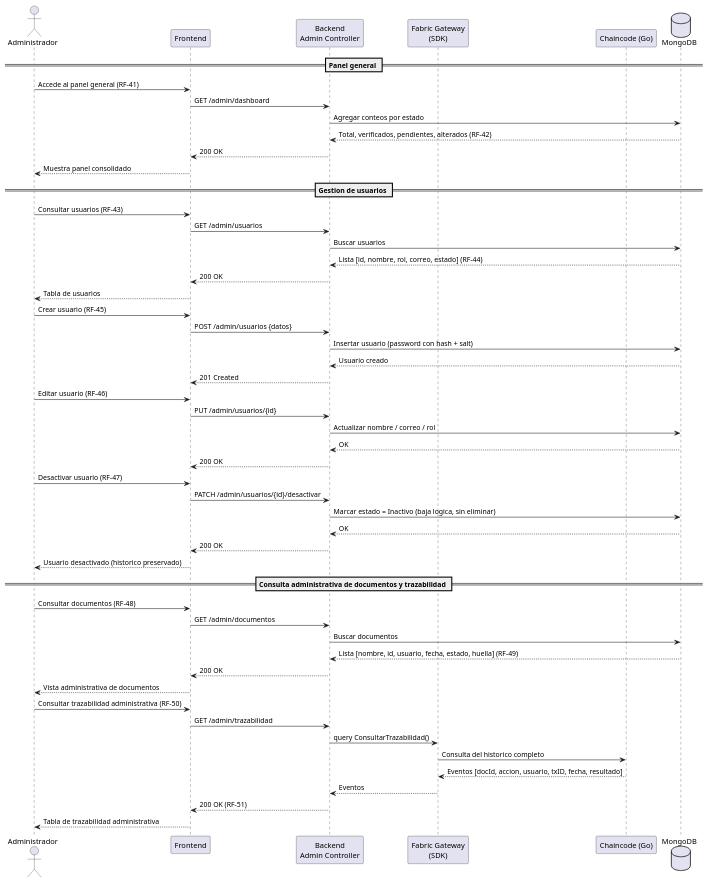
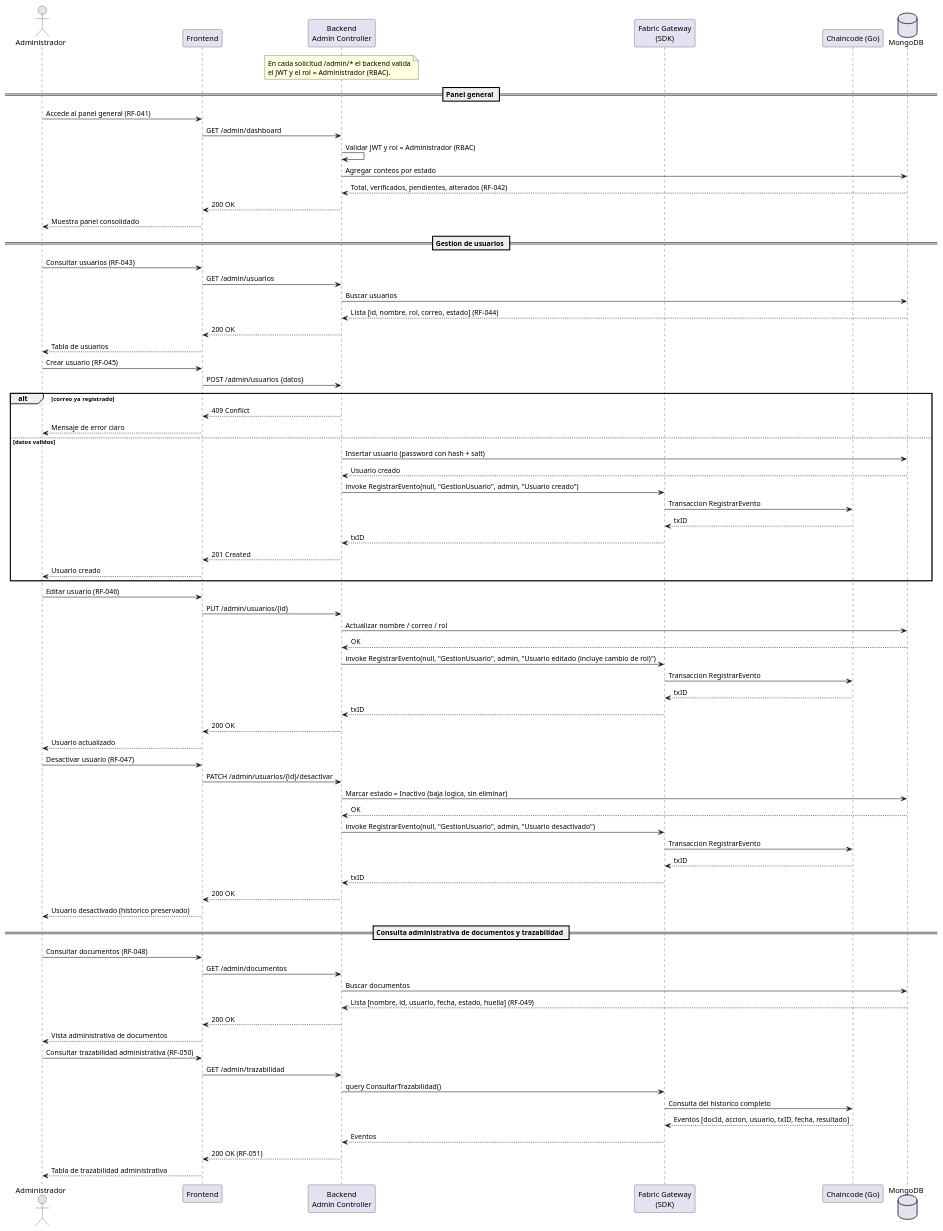
Before and after one commit to swummen/Blockchain_Contratos: the diagram in docs/uml/07-secuencia-rol-administrador.puml, drawn with PlantUML.

Commit message:
Update RF numbers in admin sequence diagram

```diff
--- a/docs/uml/07-secuencia-rol-administrador.puml
+++ b/docs/uml/07-secuencia-rol-administrador.puml
@@ -1,60 +1,85 @@
 @startuml 07-secuencia-rol-administrador
 actor Administrador
 participant "Frontend" as FE
 participant "Backend\nAdmin Controller" as BE
 participant "Fabric Gateway\n(SDK)" as SDK
 participant "Chaincode (Go)" as CC
 database "MongoDB" as DB
 
+note over BE
+  En cada solicitud /admin/* el backend valida
+  el JWT y el rol = Administrador (RBAC).
+end note
+
 == Panel general ==
-Administrador -> FE : Accede al panel general (RF-41)
+Administrador -> FE : Accede al panel general (RF-041)
 FE -> BE : GET /admin/dashboard
+BE -> BE : Validar JWT y rol = Administrador (RBAC)
 BE -> DB : Agregar conteos por estado
-DB --> BE : Total, verificados, pendientes, alterados (RF-42)
+DB --> BE : Total, verificados, pendientes, alterados (RF-042)
 BE --> FE : 200 OK
 FE --> Administrador : Muestra panel consolidado
 
 == Gestion de usuarios ==
-Administrador -> FE : Consultar usuarios (RF-43)
+Administrador -> FE : Consultar usuarios (RF-043)
 FE -> BE : GET /admin/usuarios
 BE -> DB : Buscar usuarios
-DB --> BE : Lista [id, nombre, rol, correo, estado] (RF-44)
+DB --> BE : Lista [id, nombre, rol, correo, estado] (RF-044)
 BE --> FE : 200 OK
 FE --> Administrador : Tabla de usuarios
 
-Administrador -> FE : Crear usuario (RF-45)
+Administrador -> FE : Crear usuario (RF-045)
 FE -> BE : POST /admin/usuarios {datos}
-BE -> DB : Insertar usuario (password con hash + salt)
-DB --> BE : Usuario creado
-BE --> FE : 201 Created
+alt correo ya registrado
+    BE --> FE : 409 Conflict
+    FE --> Administrador : Mensaje de error claro
+else datos validos
+    BE -> DB : Insertar usuario (password con hash + salt)
+    DB --> BE : Usuario creado
+    BE -> SDK : invoke RegistrarEvento(null, "GestionUsuario", admin, "Usuario creado")
+    SDK -> CC : Transaccion RegistrarEvento
+    CC --> SDK : txID
+    SDK --> BE : txID
+    BE --> FE : 201 Created
+    FE --> Administrador : Usuario creado
+end
 
-Administrador -> FE : Editar usuario (RF-46)
+Administrador -> FE : Editar usuario (RF-046)
 FE -> BE : PUT /admin/usuarios/{id}
 BE -> DB : Actualizar nombre / correo / rol
 DB --> BE : OK
+BE -> SDK : invoke RegistrarEvento(null, "GestionUsuario", admin, "Usuario editado (incluye cambio de rol)")
+SDK -> CC : Transaccion RegistrarEvento
+CC --> SDK : txID
+SDK --> BE : txID
 BE --> FE : 200 OK
+FE --> Administrador : Usuario actualizado
 
-Administrador -> FE : Desactivar usuario (RF-47)
+Administrador -> FE : Desactivar usuario (RF-047)
 FE -> BE : PATCH /admin/usuarios/{id}/desactivar
 BE -> DB : Marcar estado = Inactivo (baja logica, sin eliminar)
 DB --> BE : OK
+BE -> SDK : invoke RegistrarEvento(null, "GestionUsuario", admin, "Usuario desactivado")
+SDK -> CC : Transaccion RegistrarEvento
+CC --> SDK : txID
+SDK --> BE : txID
 BE --> FE : 200 OK
 FE --> Administrador : Usuario desactivado (historico preservado)
 
 == Consulta administrativa de documentos y trazabilidad ==
-Administrador -> FE : Consultar documentos (RF-48)
+Administrador -> FE : Consultar documentos (RF-048)
 FE -> BE : GET /admin/documentos
 BE -> DB : Buscar documentos
-DB --> BE : Lista [nombre, id, usuario, fecha, estado, huella] (RF-49)
+DB --> BE : Lista [nombre, id, usuario, fecha, estado, huella] (RF-049)
 BE --> FE : 200 OK
 FE --> Administrador : Vista administrativa de documentos
 
-Administrador -> FE : Consultar trazabilidad administrativa (RF-50)
+Administrador -> FE : Consultar trazabilidad administrativa (RF-050)
 FE -> BE : GET /admin/trazabilidad
 BE -> SDK : query ConsultarTrazabilidad()
 SDK -> CC : Consulta del historico completo
 CC --> SDK : Eventos [docId, accion, usuario, txID, fecha, resultado]
 SDK --> BE : Eventos
-BE --> FE : 200 OK (RF-51)
+BE --> FE : 200 OK (RF-051)
 FE --> Administrador : Tabla de trazabilidad administrativa
 @enduml
```
